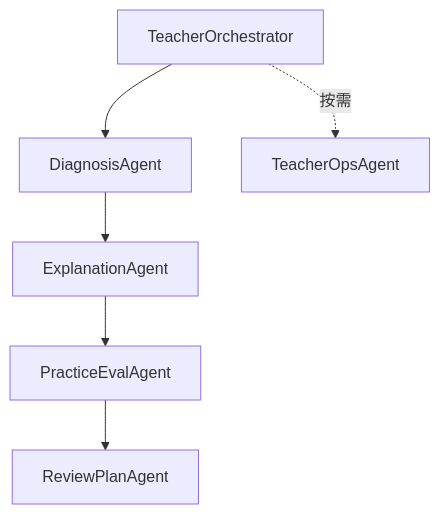
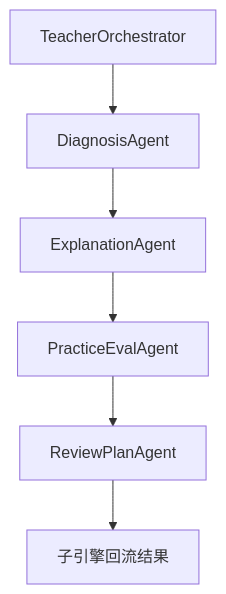
Before and after one commit to chenqsq/doc-showcase: the first of 3 diagrams in doc/智能体文档/子引擎层/AI教师子引擎-技术方案.md, drawn with Mermaid. The commit also changed other lines of this file and 20 other files, not shown here.

````diff
--- a/doc/智能体文档/子引擎层/AI教师子引擎-技术方案.md
+++ b/doc/智能体文档/子引擎层/AI教师子引擎-技术方案.md
@@ -60,8 +69,8 @@
 ```mermaid
 flowchart TD
     A["TeacherOrchestrator"] --> B["DiagnosisAgent"]
     B --> C["ExplanationAgent"]
     C --> D["PracticeEvalAgent"]
     D --> E["ReviewPlanAgent"]
-    A -.按需.-> F["TeacherOpsAgent"]
+    E --> F["子引擎回流结果"]
 ```
````
